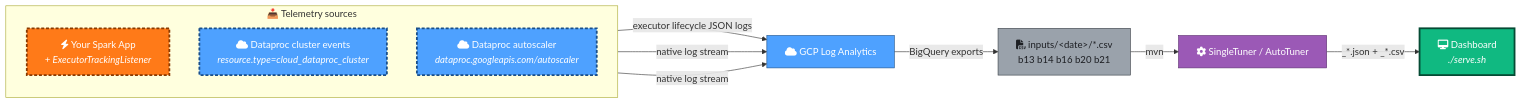
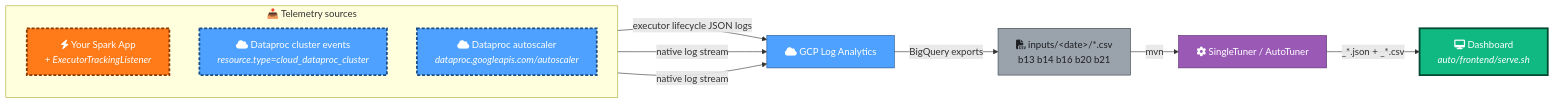
One commit to albertols/spark-cluster-job-tuner changed the first of 3 diagrams in README.md. Above: the diagram before and after it, drawn with Mermaid. The commit also changed 7 other files, not shown here.

````diff
--- a/README.md
+++ b/README.md
@@ -49,32 +49,32 @@
 ```mermaid
 flowchart LR
   classDef document  fill:#9aa2ab,stroke:#3a4046,color:#1d1f23
   classDef process   fill:#9b59b6,stroke:#5a2d6e,color:#fff
   classDef spark     fill:#ff7a18,stroke:#8a3a00,color:#fff
   classDef cloud     fill:#4ea1ff,stroke:#1a4f8a,color:#fff
   classDef frontend  fill:#10b981,stroke:#054b34,color:#fff
   classDef inputBoundary  stroke-width:3px,stroke-dasharray:5 3
   classDef outputBoundary stroke-width:3px
 
   subgraph INPUTS ["📥 Telemetry sources"]
     direction TB
     app[fa:fa-bolt Your Spark App<br/><i>+ ExecutorTrackingListener</i>]:::spark
     cluster[fa:fa-cloud Dataproc cluster events<br/><i>resource.type=cloud_dataproc_cluster</i>]:::cloud
     autoscaler[fa:fa-cloud Dataproc autoscaler<br/><i>dataproc.googleapis.com/autoscaler</i>]:::cloud
   end
   class app,cluster,autoscaler inputBoundary
 
   logs[fa:fa-cloud GCP Log Analytics]:::cloud
   csv[fa:fa-file-csv inputs/&lt;date&gt;/*.csv<br/>b13 b14 b16 b20 b21]:::document
   tuner[fa:fa-cog SingleTuner / AutoTuner]:::process
-  dashboard[fa:fa-desktop Dashboard<br/><i>./serve.sh</i>]:::frontend
+  dashboard[fa:fa-desktop Dashboard<br/><i>auto/frontend/serve.sh</i>]:::frontend
 
   app -->|"executor lifecycle JSON logs"| logs
   cluster -->|"native log stream"| logs
   autoscaler -->|"native log stream"| logs
   logs -->|"BigQuery exports"| csv
   csv -->|"mvn"| tuner
   tuner -->|"_*.json + _*.csv"| dashboard
 
   class dashboard outputBoundary
 ```
````
